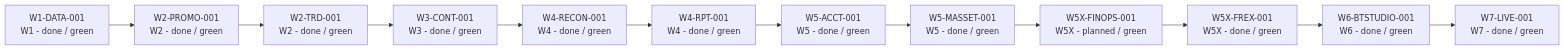
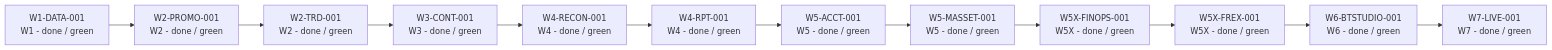
Before and after one commit to rodoHasArrived/Meridian-main: the diagram in docs/architecture/diagrams/meridian-development-roadmap.mmd, drawn with Mermaid. The commit also changed 23 other files, not shown here.

```diff
--- a/docs/architecture/diagrams/meridian-development-roadmap.mmd
+++ b/docs/architecture/diagrams/meridian-development-roadmap.mmd
@@ -1,24 +1,24 @@
 flowchart LR
   W1_DATA_001["W1-DATA-001\nW1 - done / green"]
   W2_PROMO_001["W2-PROMO-001\nW2 - done / green"]
   W1_DATA_001 --> W2_PROMO_001
   W2_TRD_001["W2-TRD-001\nW2 - done / green"]
   W2_PROMO_001 --> W2_TRD_001
   W3_CONT_001["W3-CONT-001\nW3 - done / green"]
   W2_TRD_001 --> W3_CONT_001
   W4_RECON_001["W4-RECON-001\nW4 - done / green"]
   W3_CONT_001 --> W4_RECON_001
   W4_RPT_001["W4-RPT-001\nW4 - done / green"]
   W4_RECON_001 --> W4_RPT_001
   W5_ACCT_001["W5-ACCT-001\nW5 - done / green"]
   W4_RPT_001 --> W5_ACCT_001
   W5_MASSET_001["W5-MASSET-001\nW5 - done / green"]
   W5_ACCT_001 --> W5_MASSET_001
-  W5X_FINOPS_001["W5X-FINOPS-001\nW5X - planned / green"]
+  W5X_FINOPS_001["W5X-FINOPS-001\nW5X - done / green"]
   W5_MASSET_001 --> W5X_FINOPS_001
   W5X_FREX_001["W5X-FREX-001\nW5X - done / green"]
   W5X_FINOPS_001 --> W5X_FREX_001
   W6_BTSTUDIO_001["W6-BTSTUDIO-001\nW6 - done / green"]
   W5X_FREX_001 --> W6_BTSTUDIO_001
   W7_LIVE_001["W7-LIVE-001\nW7 - done / green"]
   W6_BTSTUDIO_001 --> W7_LIVE_001
```
